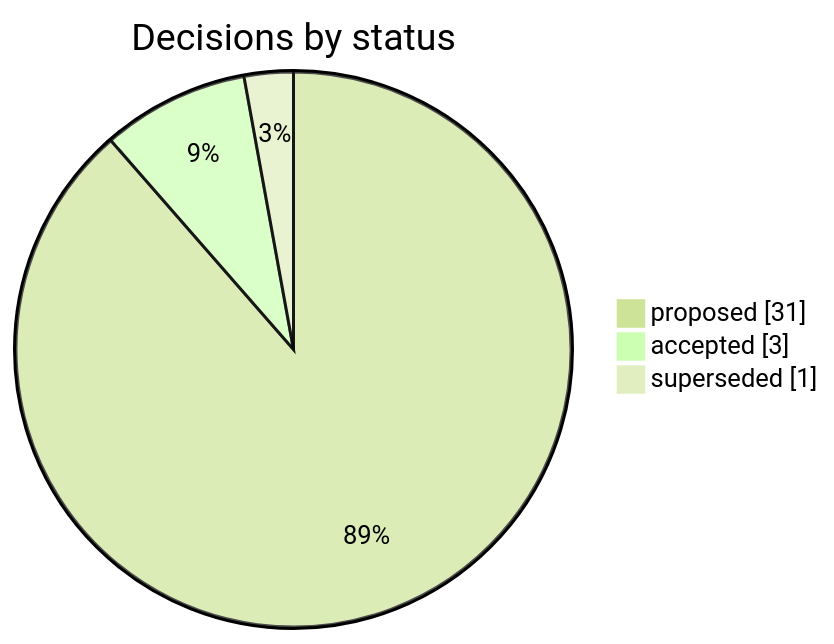
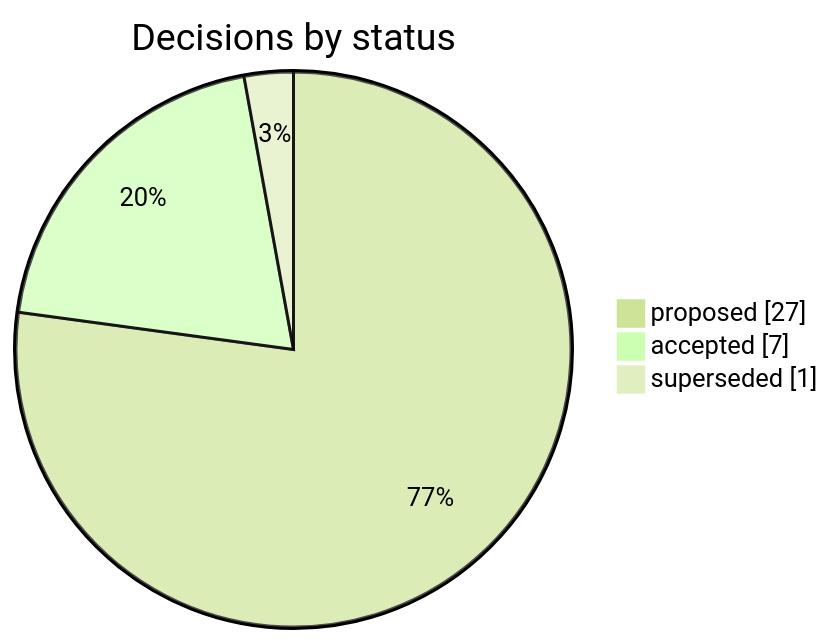
The diagram in .ai/repo/adrs/README.md (korczis/OpenTTD), drawn with Mermaid (forest theme) before and after one commit. The commit also changed other lines of this file and 5 other files, not shown here.

First line of the commit message:
Doc: [Fork] The owner accepted the four authored proposed decisions (ADR 0015, 0029, 0032, 0034)

````diff
--- a/.ai/repo/adrs/README.md
+++ b/.ai/repo/adrs/README.md
@@ -29,7 +29,7 @@
 ```mermaid
 pie showData title Decisions by status
     %% links: README.md?col=Status&filter=proposed#index | README.md?col=Status&filter=accepted#index | README.md?col=Status&filter=superseded#index
-    "proposed" : 31
-    "accepted" : 3
+    "proposed" : 27
+    "accepted" : 7
     "superseded" : 1
 ```
````
